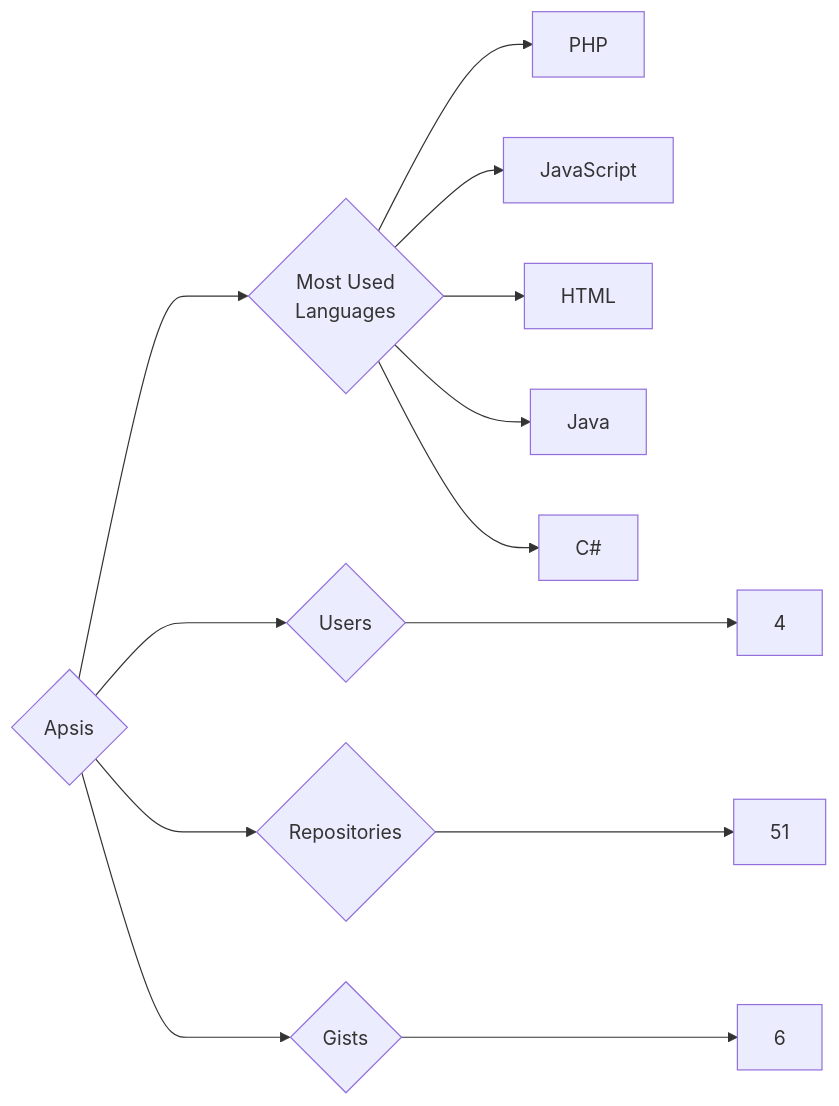
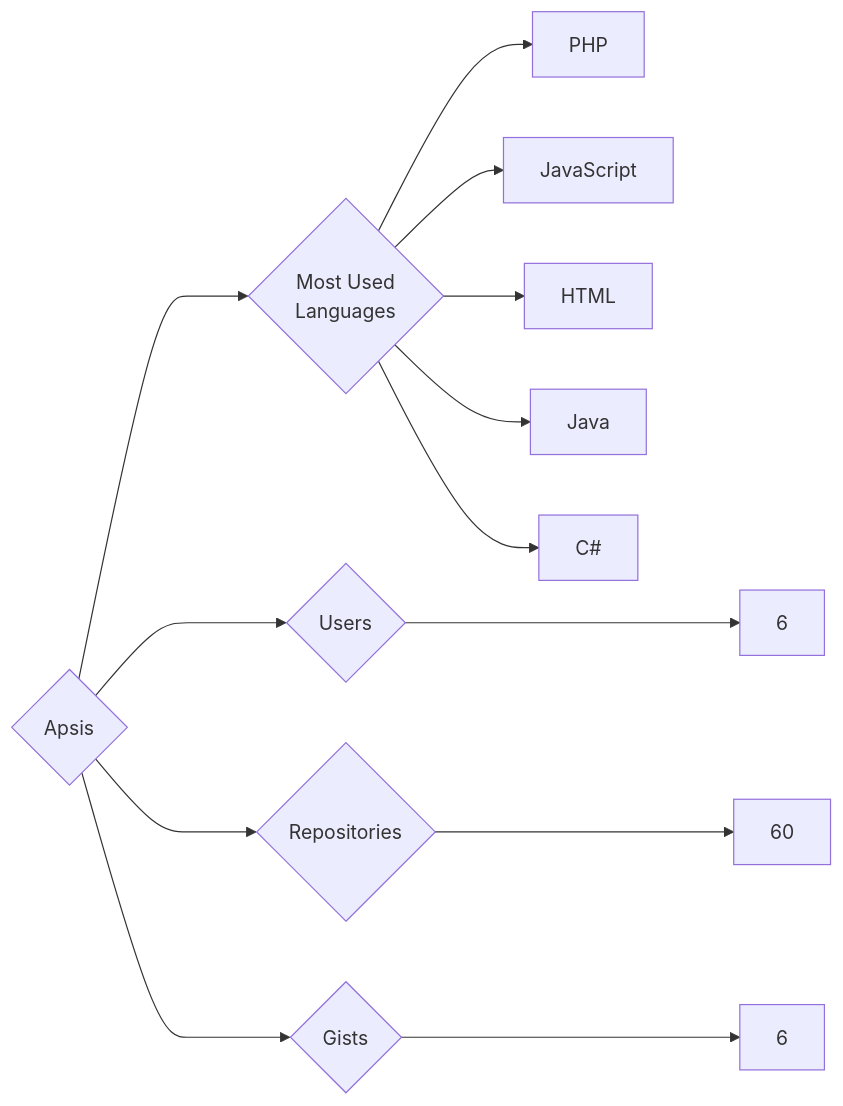
One commit to trickest/insiders changed the diagram in targets/Apsis/README.md. Above: the diagram before and after it, drawn with Mermaid. The commit also changed 783 other files, not shown here.

````diff
--- a/targets/Apsis/README.md
+++ b/targets/Apsis/README.md
@@ -3,13 +3,13 @@
 ```mermaid
 graph LR
 COMPANY_NAME{Apsis}
-COMPANY_NAME ---> U{Users} ---> UN[4]
-COMPANY_NAME ---> R{Repositories} ---> RN[51]
+COMPANY_NAME ---> U{Users} ---> UN[6]
+COMPANY_NAME ---> R{Repositories} ---> RN[60]
 COMPANY_NAME ---> G{Gists} ---> GN[6]
 COMPANY_NAME ---> ML{Most Used<br>Languages}
 ML --> PHP[PHP]
 ML --> JavaScript[JavaScript]
 ML --> HTML[HTML]
 ML --> Java[Java]
 ML --> C#[C#]
 ```
````
